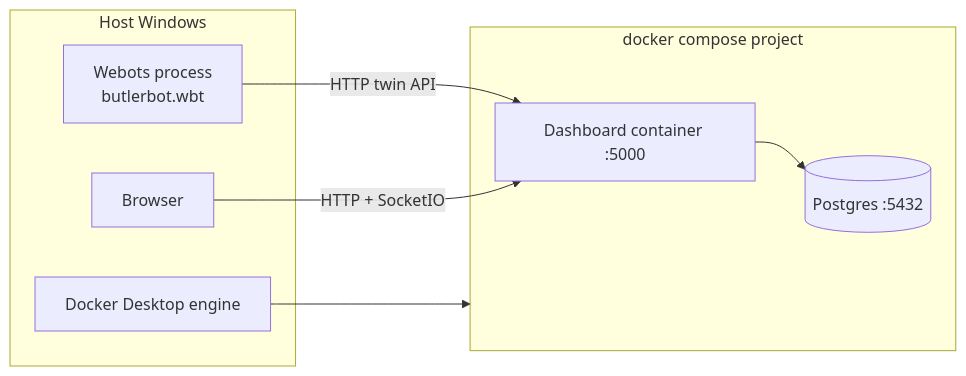
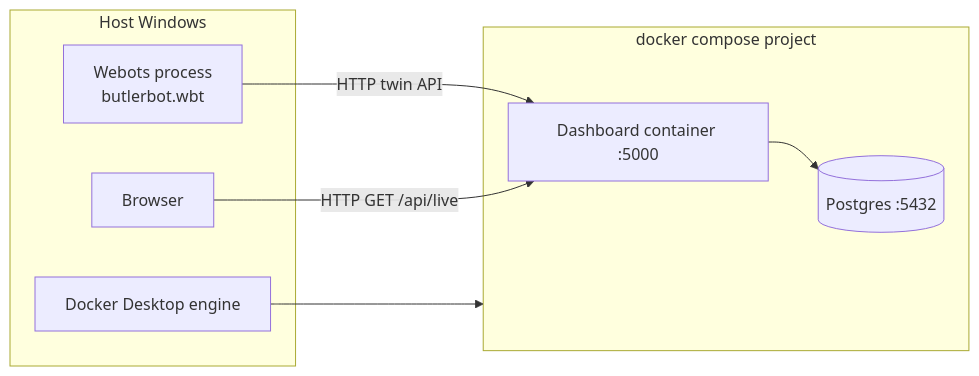
One commit to Daniel7505/robot-battery-monitor changed the seventh of 7 diagrams in docs/ARCHITECTURE.md. Above: the diagram before and after it, drawn with Mermaid. The commit also changed other lines of this file and 41 other files, not shown here.

````diff
--- a/docs/ARCHITECTURE.md
+++ b/docs/ARCHITECTURE.md
@@ -293,18 +293,18 @@
 ```mermaid
 flowchart LR
     subgraph Host["Host Windows"]
         DD[Docker Desktop engine]
         WB[Webots process<br/>butlerbot.wbt]
         BRW[Browser]
     end
 
     subgraph Compose["docker compose project"]
         PG[(Postgres :5432)]
         DASH[Dashboard container :5000]
     end
 
     DD --> Compose
     DASH --> PG
     WB -->|"HTTP twin API"| DASH
-    BRW -->|"HTTP + SocketIO"| DASH
+    BRW -->|"HTTP GET /api/live"| DASH
 ```
````
